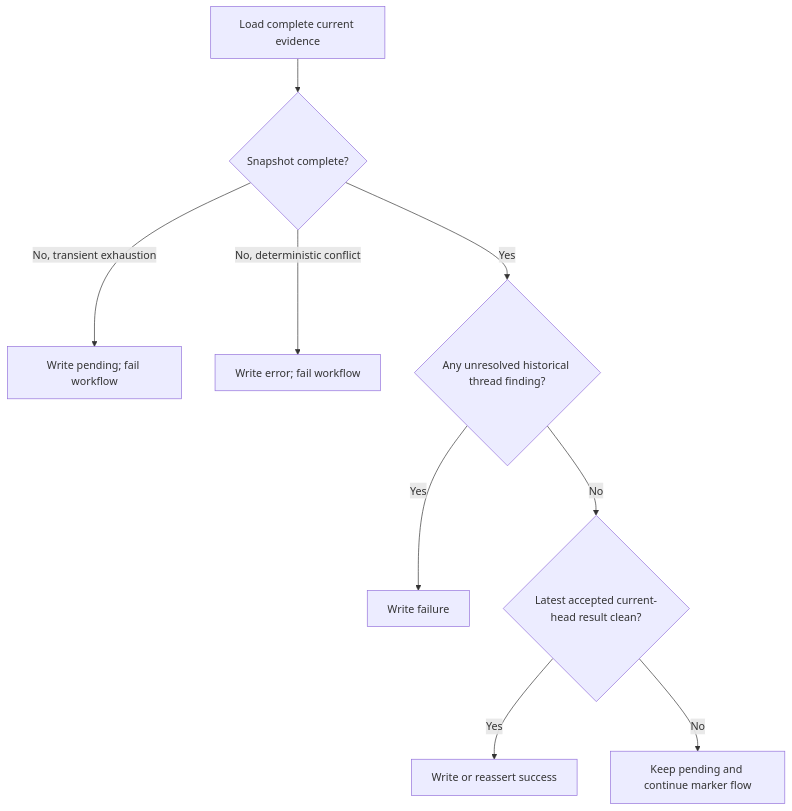
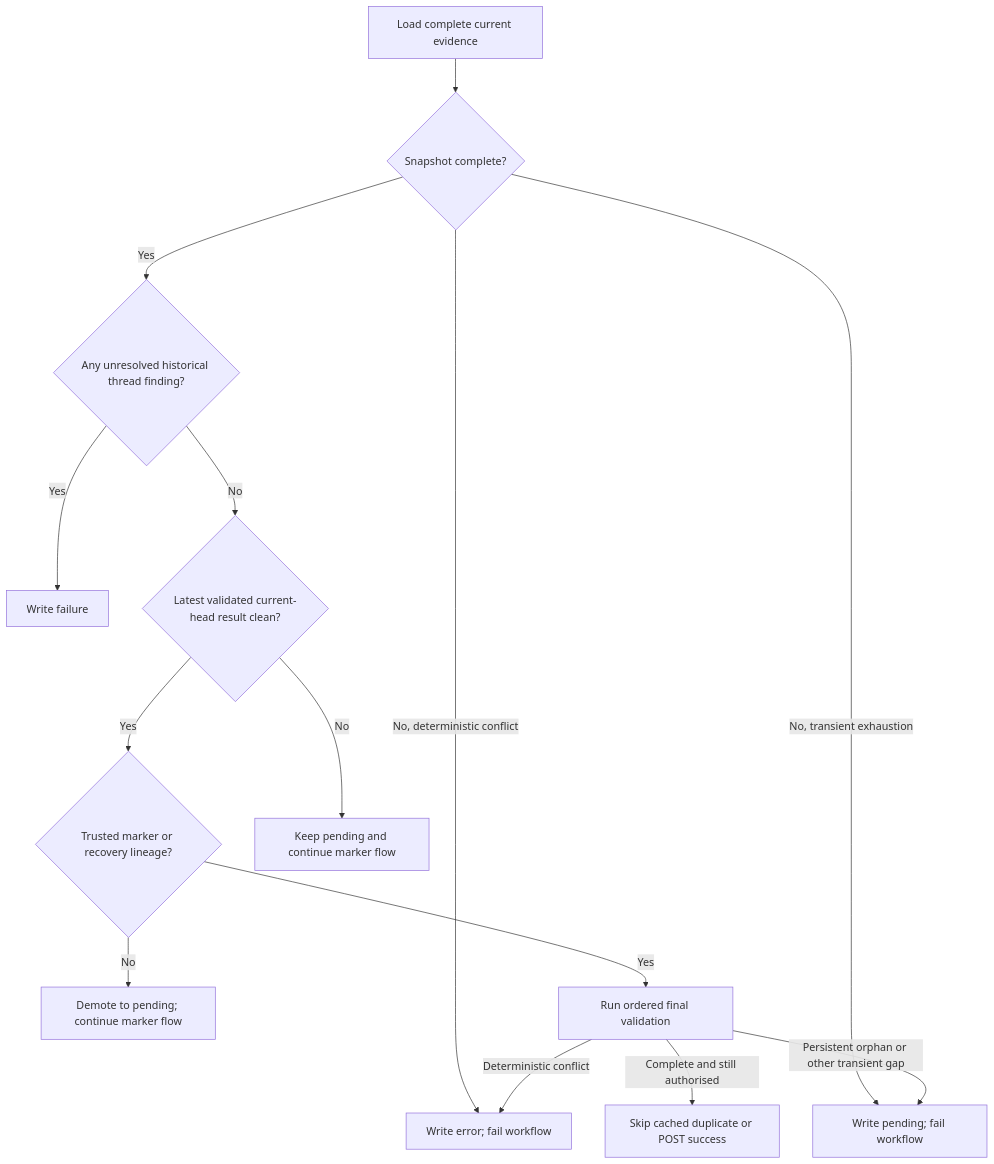
One commit to Joey-Tools/codex-review-gate changed the second of 3 diagrams in packages/action/DESIGN.md. Above: the diagram before and after it, drawn with Mermaid. The commit also changed other lines of this file and 11 other files, not shown here.

````diff
--- a/packages/action/DESIGN.md
+++ b/packages/action/DESIGN.md
@@ -205,11 +272,16 @@
 ```mermaid
 flowchart TD
   load["Load complete current evidence"] --> complete{"Snapshot complete?"}
   complete -->|No, transient exhaustion| pendingError["Write pending; fail workflow"]
   complete -->|No, deterministic conflict| hardError["Write error; fail workflow"]
   complete -->|Yes| threads{"Any unresolved historical thread finding?"}
   threads -->|Yes| failed["Write failure"]
-  threads -->|No| clean{"Latest accepted current-head result clean?"}
-  clean -->|Yes| passed["Write or reassert success"]
+  threads -->|No| clean{"Latest validated current-head result clean?"}
+  clean -->|Yes| authorised{"Trusted marker or recovery lineage?"}
+  authorised -->|No| demoted["Demote to pending; continue marker flow"]
+  authorised -->|Yes| final["Run ordered final validation"]
+  final -->|Complete and still authorised| passed["Skip cached duplicate or POST success"]
+  final -->|Persistent orphan or other transient gap| pendingError
+  final -->|Deterministic conflict| hardError
   clean -->|No| pending["Keep pending and continue marker flow"]
 ```
````
